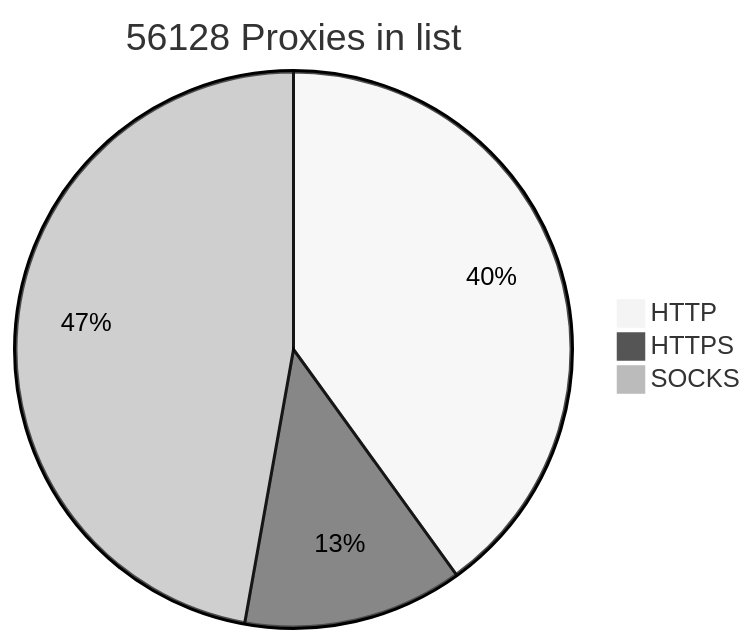
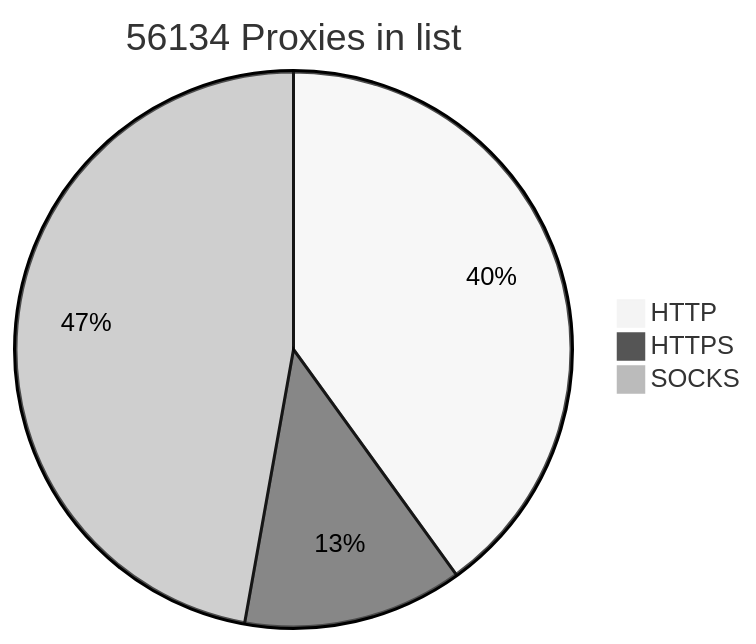
One commit to BlackSnowDot/proxylist-update-every-minute changed the diagram in README.md. Above: the diagram before and after it, drawn with Mermaid (neutral theme).

````diff
--- a/README.md
+++ b/README.md
@@ -2,6 +2,6 @@
 ```mermaid
-pie title 56128 Proxies in list
-    "HTTP" : 25211
-    "HTTPS": 8044
+pie title 56134 Proxies in list
+    "HTTP" : 25216
+    "HTTPS": 8047
     "SOCKS" : 29716
 ```
````
